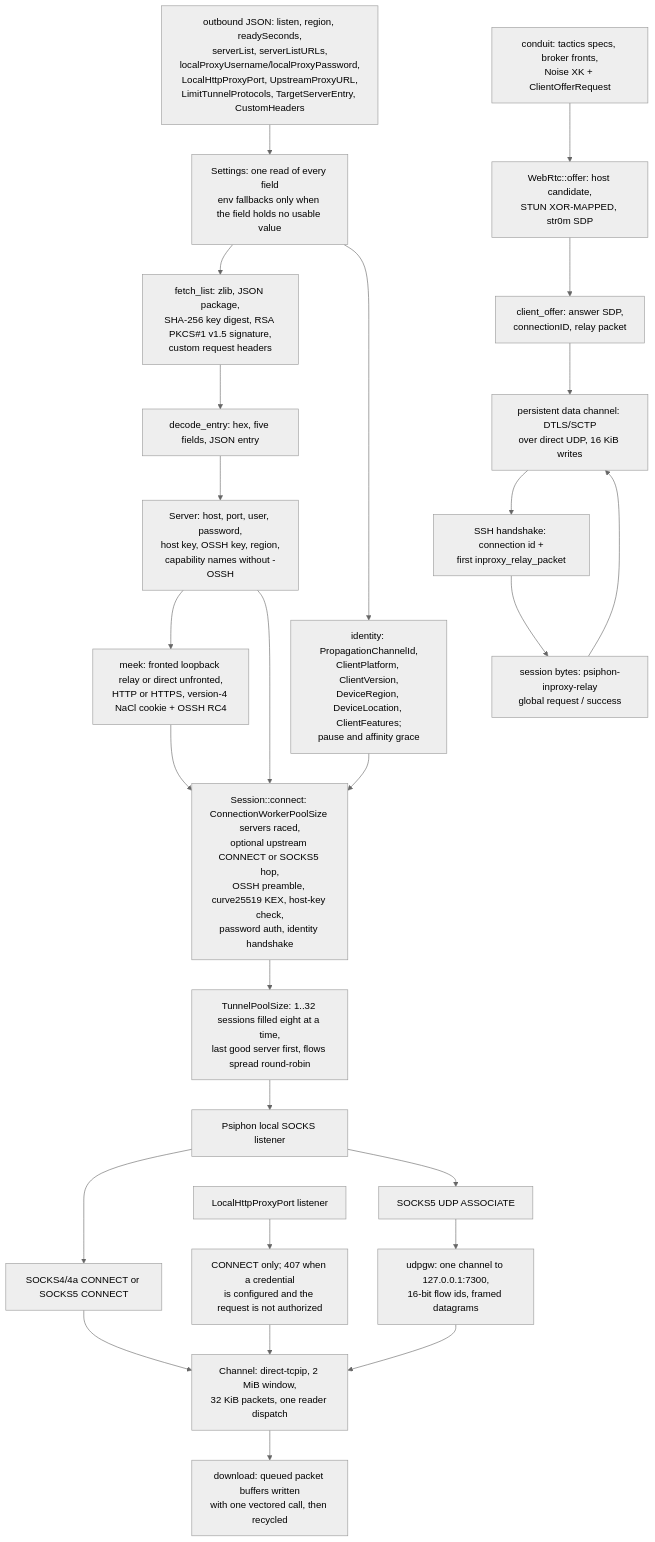
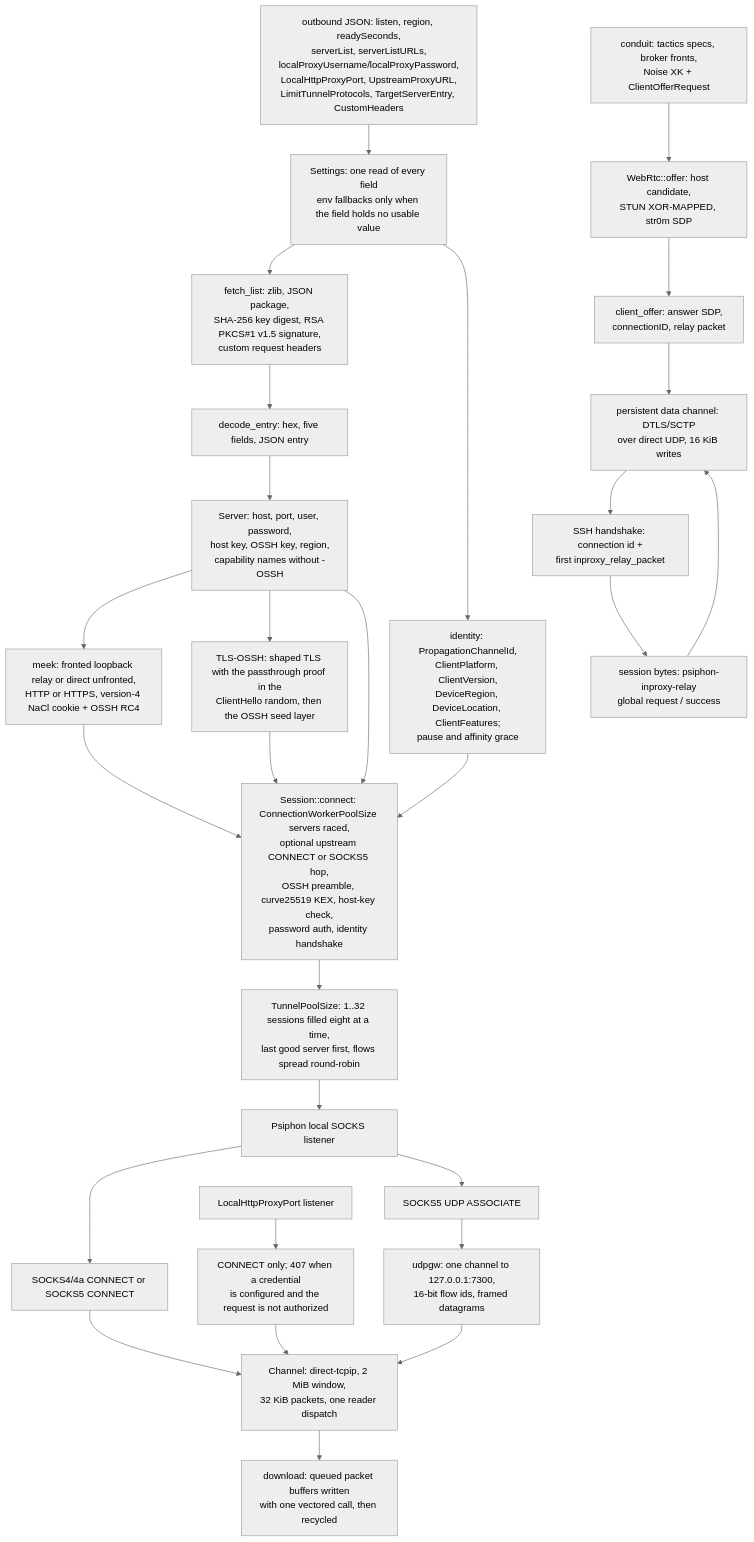
One commit to Ferrocite/ferrox changed the diagram in docs/function/carrier-psiphon.md. Above: the diagram before and after it, drawn with Mermaid (neutral theme). The commit also changed other lines of this file and 18 other files, not shown here.

Commit message:
psiphon: carry TLS-OSSH over the direct and in-proxy lanes

````diff
--- a/docs/function/carrier-psiphon.md
+++ b/docs/function/carrier-psiphon.md
@@ -7,28 +7,30 @@
 ```mermaid
 graph TD
     A["outbound JSON: listen, region, readySeconds,<br/>serverList, serverListURLs,<br/>localProxyUsername/localProxyPassword,<br/>LocalHttpProxyPort, UpstreamProxyURL,<br/>LimitTunnelProtocols, TargetServerEntry, CustomHeaders"] --> B["Settings: one read of every field<br/>env fallbacks only when the field holds no usable value"]
     B --> C["fetch_list: zlib, JSON package,<br/>SHA-256 key digest, RSA PKCS#1 v1.5 signature,<br/>custom request headers"]
     B --> B2["identity: PropagationChannelId,<br/>ClientPlatform, ClientVersion,<br/>DeviceRegion, DeviceLocation, ClientFeatures;<br/>pause and affinity grace"]
     C --> D["decode_entry: hex, five fields, JSON entry"]
     D --> E["Server: host, port, user, password,<br/>host key, OSSH key, region,<br/>capability names without -OSSH"]
     E --> E2["meek: fronted loopback relay or direct unfronted,<br/>HTTP or HTTPS, version-4 NaCl cookie + OSSH RC4"]
+    E --> E3["TLS-OSSH: shaped TLS with the passthrough proof in the<br/>ClientHello random, then the OSSH seed layer"]
     E2 --> F
+    E3 --> F
     E --> F["Session::connect: ConnectionWorkerPoolSize servers raced,<br/>optional upstream CONNECT or SOCKS5 hop,<br/>OSSH preamble, curve25519 KEX, host-key check,<br/>password auth, identity handshake"]
     B2 --> F
     F --> P["TunnelPoolSize: 1..32 sessions filled eight at a time,<br/>last good server first, flows spread round-robin"]
     P --> G["Psiphon local SOCKS listener"]
     G --> H["SOCKS4/4a CONNECT or SOCKS5 CONNECT"]
     H --> I["Channel: direct-tcpip, 2 MiB window,<br/>32 KiB packets, one reader dispatch"]
     I --> Z["download: queued packet buffers written<br/>with one vectored call, then recycled"]
     G --> J["SOCKS5 UDP ASSOCIATE"]
     J --> K["udpgw: one channel to 127.0.0.1:7300,<br/>16-bit flow ids, framed datagrams"]
     K --> I
     L["LocalHttpProxyPort listener"] --> M["CONNECT only; 407 when a credential<br/>is configured and the request is not authorized"]
     M --> I
     N["conduit: tactics specs, broker fronts,<br/>Noise XK + ClientOfferRequest"] --> O["WebRtc::offer: host candidate,<br/>STUN XOR-MAPPED, str0m SDP"]
     O --> Q["client_offer: answer SDP,<br/>connectionID, relay packet"]
     Q --> R["persistent data channel: DTLS/SCTP<br/>over direct UDP, 16 KiB writes"]
     R --> S["SSH handshake: connection id +<br/>first inproxy_relay_packet"]
     S --> T["session bytes: psiphon-inproxy-relay<br/>global request / success"]
     T --> R
 ```
````
